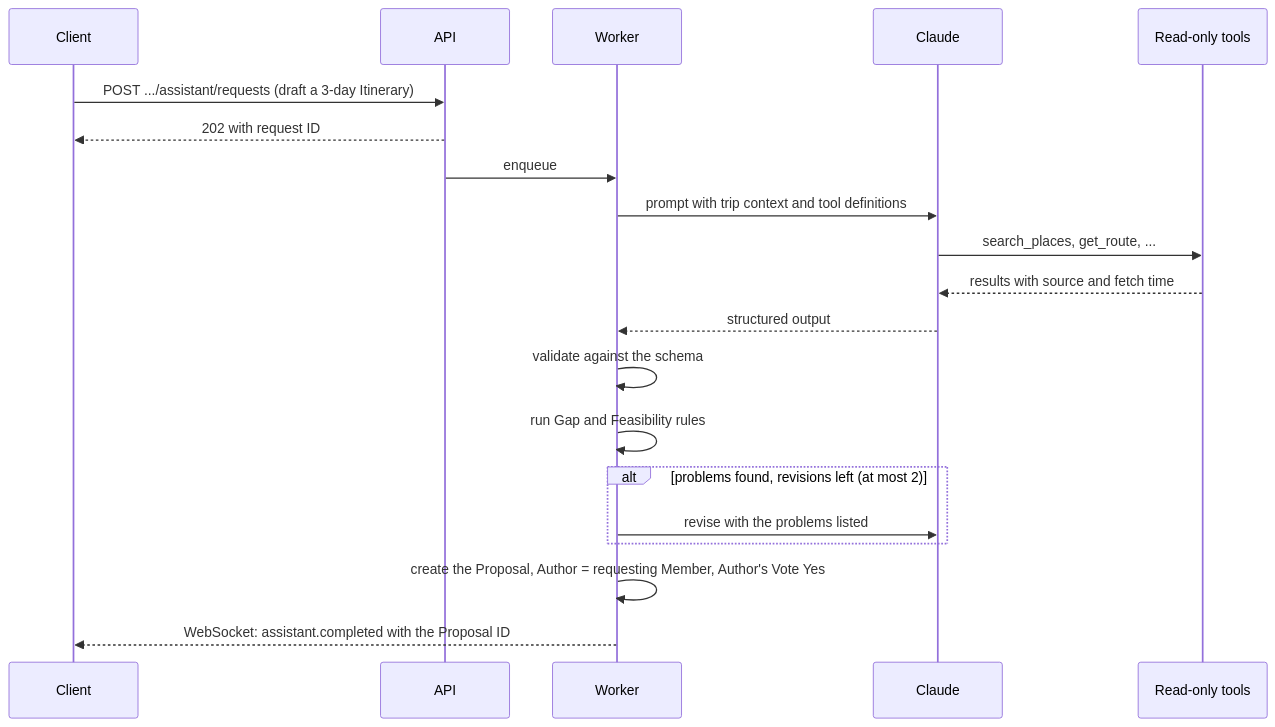
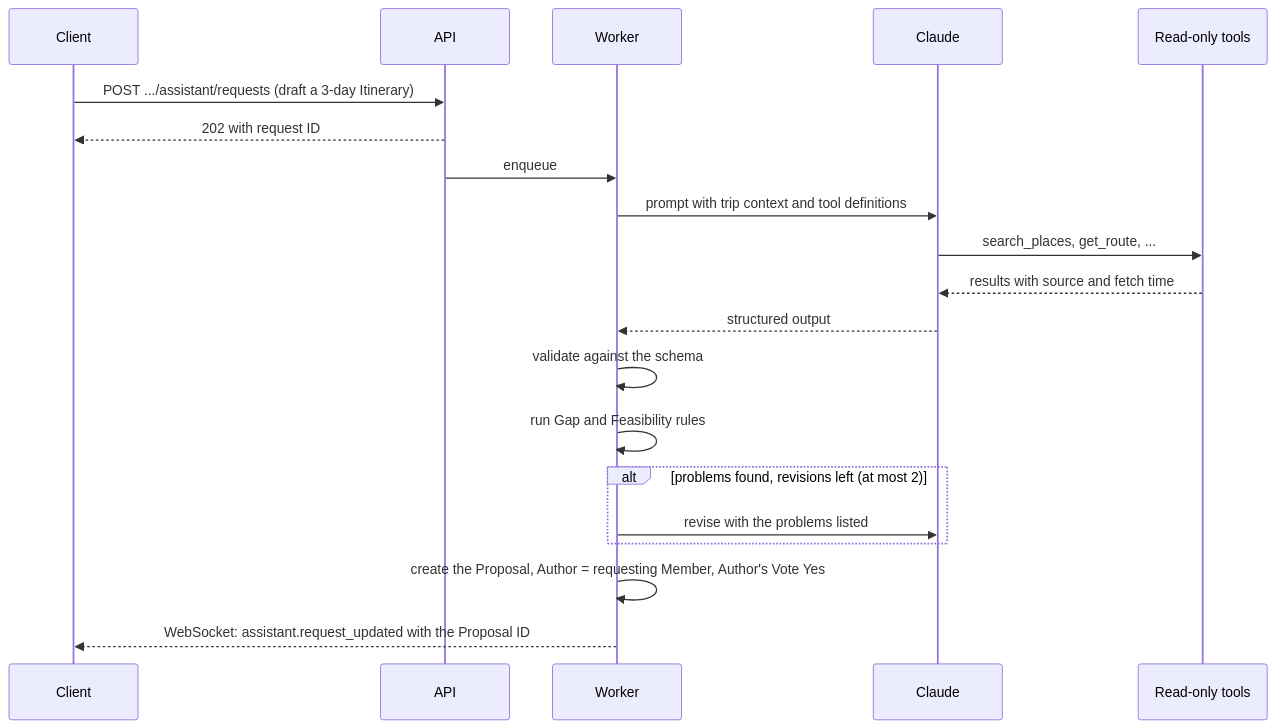
One commit to huynguyennang-agilityio/tripmate-docs changed the fifth of 7 diagrams in docs/architecture.md. Above: the diagram before and after it, drawn with Mermaid. The commit also changed other lines of this file and 6 other files, not shown here.

First line of the commit message:
architecture.md v1.1; add data-model, api-design, security v1.0

````diff
--- a/docs/architecture.md
+++ b/docs/architecture.md
@@ -576,23 +359,23 @@
 ```mermaid
 sequenceDiagram
     participant C as Client
     participant A as API
     participant W as Worker
     participant L as Claude
     participant T as Read-only tools
 
     C->>A: POST .../assistant/requests (draft a 3-day Itinerary)
     A-->>C: 202 with request ID
     A->>W: enqueue
     W->>L: prompt with trip context and tool definitions
     L->>T: search_places, get_route, ...
     T-->>L: results with source and fetch time
     L-->>W: structured output
     W->>W: validate against the schema
     W->>W: run Gap and Feasibility rules
     alt problems found, revisions left (at most 2)
         W->>L: revise with the problems listed
     end
     W->>W: create the Proposal, Author = requesting Member, Author's Vote Yes
-    W-->>C: WebSocket: assistant.completed with the Proposal ID
+    W-->>C: WebSocket: assistant.request_updated with the Proposal ID
 ```
````
